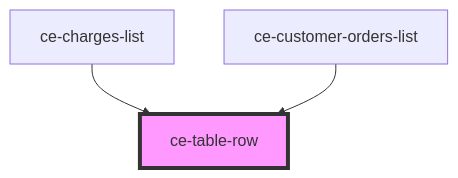
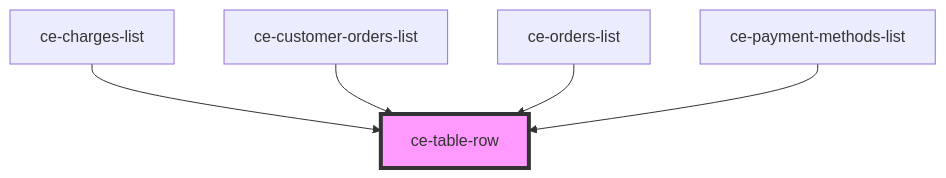
Before and after one commit to surecart/surecart-wp-plugin: the diagram in packages/components/src/components/ui/table-row/readme.md, drawn with Mermaid. The commit also changed other lines of this file and 162 other files, not shown here.

````diff
--- a/packages/components/src/components/ui/table-row/readme.md
+++ b/packages/components/src/components/ui/table-row/readme.md
@@ -16,6 +18,8 @@
 ```mermaid
 graph TD;
   ce-charges-list --> ce-table-row
   ce-customer-orders-list --> ce-table-row
+  ce-orders-list --> ce-table-row
+  ce-payment-methods-list --> ce-table-row
   style ce-table-row fill:#f9f,stroke:#333,stroke-width:4px
 ```
````
